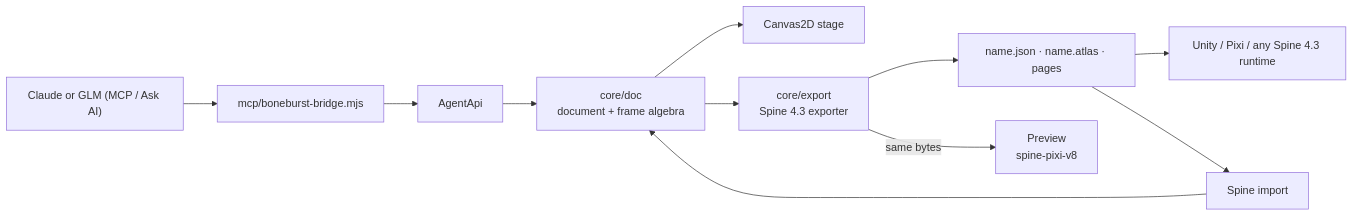
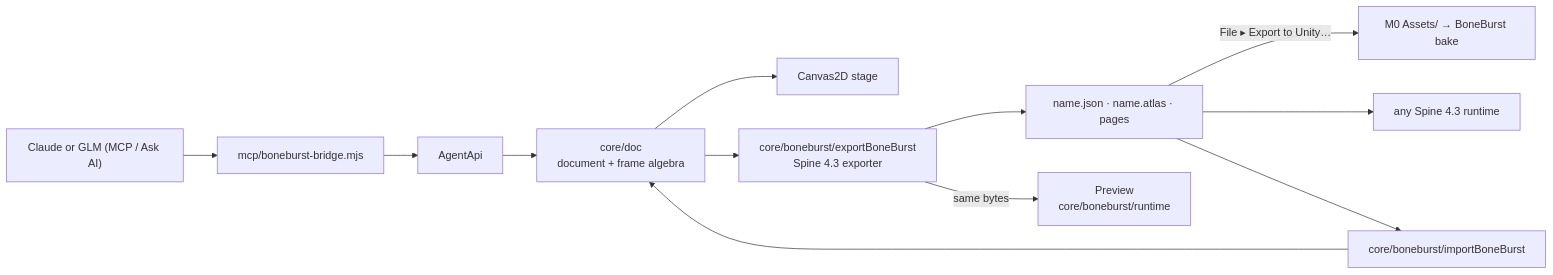
The diagram in Animation-BoneBurst-Src/README.md (12pnp/M0-Animation-2D), drawn with Mermaid before and after one commit. The commit also changed other lines of this file and 40 other files, not shown here.

First line of the commit message:
BoneBurst editor cleanup (docs/CLEANUP-PLAN.md)

````diff
--- a/Animation-BoneBurst-Src/README.md
+++ b/Animation-BoneBurst-Src/README.md
@@ -12,10 +16,11 @@
 ```mermaid
 flowchart LR
     DOC["core/doc<br/>document + frame algebra"] --> STAGE["Canvas2D stage"]
-    DOC --> EXP["core/export<br/>Spine 4.3 exporter"]
+    DOC --> EXP["core/boneburst/exportBoneBurst<br/>Spine 4.3 exporter"]
     EXP --> FILES["name.json · name.atlas · pages"]
-    EXP -->|"same bytes"| PREV["Preview<br/>spine-pixi-v8"]
-    FILES --> GAME["Unity / Pixi / any Spine 4.3 runtime"]
-    FILES --> IMP["Spine import"] --> DOC
+    EXP -->|"same bytes"| PREV["Preview<br/>core/boneburst/runtime"]
+    FILES -->|"File ▸ Export to Unity…"| UNITY["M0 Assets/ → BoneBurst bake"]
+    FILES --> GAME["any Spine 4.3 runtime"]
+    FILES --> IMP["core/boneburst/importBoneBurst"] --> DOC
     AI["Claude or GLM (MCP / Ask AI)"] --> BR["mcp/boneburst-bridge.mjs"] --> AG["AgentApi"] --> DOC
 ```
````
